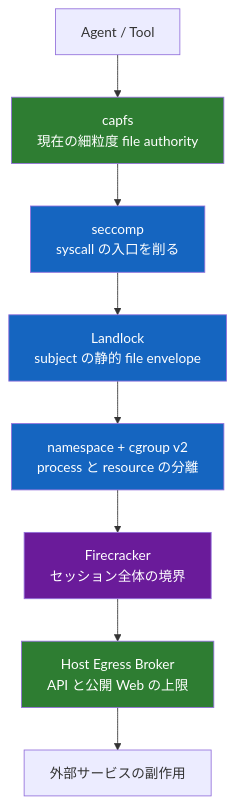
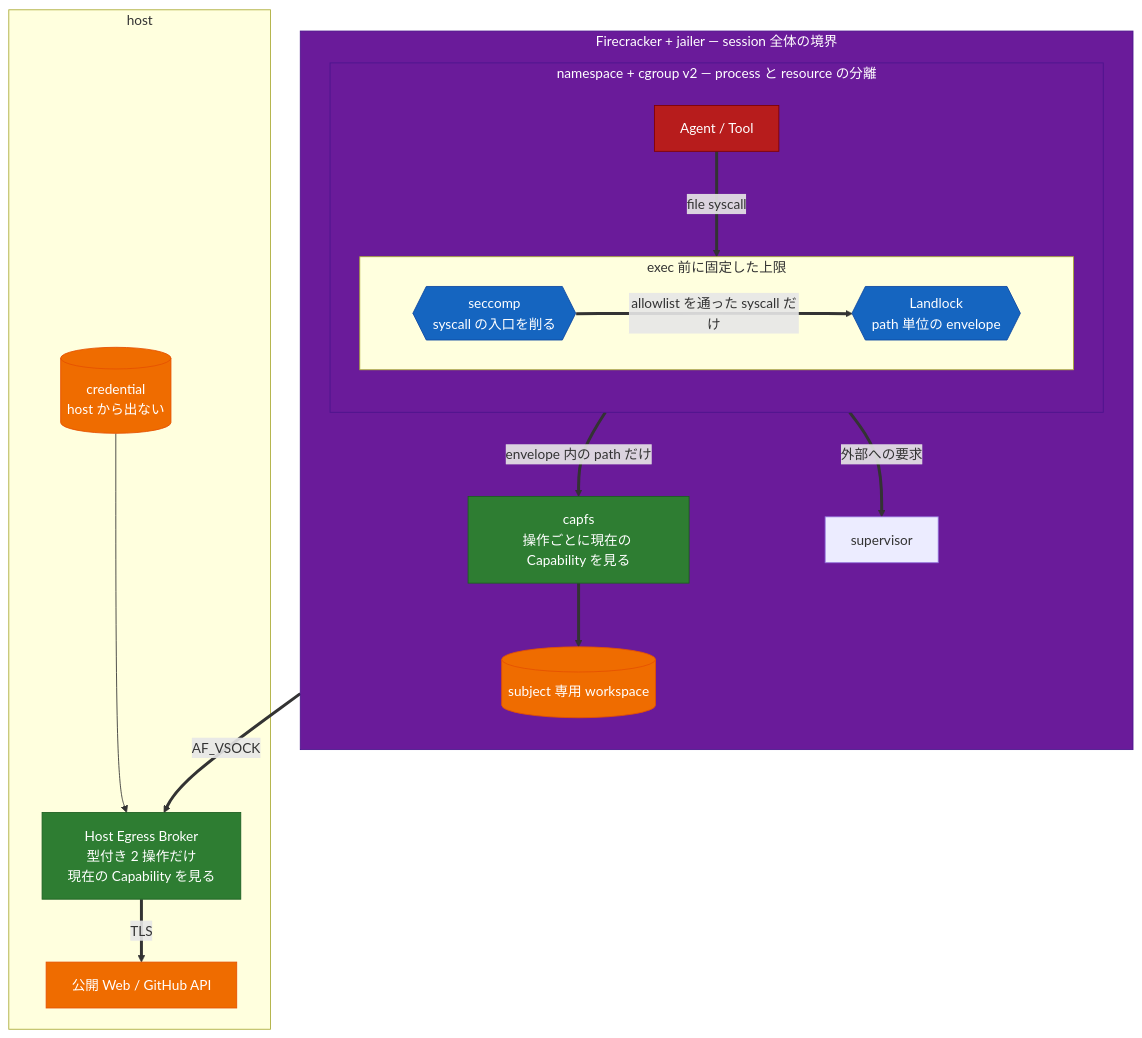
One commit to Aqua-218/SecCamp-AIAgent changed the first of 3 diagrams in docs/design/runtime-isolation.md. Above: the diagram before and after it, drawn with Mermaid. The commit also changed other lines of this file, not shown here.

Commit message:
docs(design): redraw the defence layers as containment, not a chain
The layer diagram was one straight line of eight nodes, and the order it implied
was wrong in three ways: a file syscall never reaches the Broker, seccomp filters
the call before capfs ever sees it, and the VM and the namespace are enclosing
boundaries rather than hops on a path.

Redraws them as nesting for the containment layers and edges for the decisions,
with the two things a workload can actually do on separate paths. A file syscall
is judged three times, in the order the kernel imposes — seccomp for whether the
call exists, Landlock for whether the path is reachable, capfs for whether the
current capability allows it — while an external request leaves through the
supervisor and vsock without touching any of them.

Keeps the dynamic/static colour split, which is the point of the layering: green
re-reads the current capability so a revoke lands immediately, blue is fixed
before exec and cannot widen.

````diff
--- a/docs/design/runtime-isolation.md
+++ b/docs/design/runtime-isolation.md
@@ -13,20 +15,46 @@
 ```mermaid
 flowchart TB
-    effect["外部サービスの副作用"]
-    broker["Host Egress Broker<br/>API と公開 Web の上限"]
-    vm["Firecracker<br/>セッション全体の境界"]
-    container["namespace + cgroup v2<br/>process と resource の分離"]
-    landlock["Landlock<br/>subject の静的 file envelope"]
-    seccomp["seccomp<br/>syscall の入口を削る"]
-    capfs["capfs<br/>現在の細粒度 file authority"]
-    workload["Agent / Tool"]
+    subgraph hostside["host"]
+        broker["Host Egress Broker<br/>型付き 2 操作だけ<br/>現在の Capability を見る"]
+        ext["公開 Web / GitHub API"]
+        cred[("credential<br/>host から出ない")]
+    end
 
-    workload --> capfs --> seccomp --> landlock --> container --> vm --> broker --> effect
+    subgraph vm["Firecracker + jailer — session 全体の境界"]
+        direction TB
+        sup["supervisor"]
+        capfs["capfs<br/>操作ごとに現在の Capability を見る"]
+        ws[("subject 専用 workspace")]
 
-    classDef dynamic fill:#2e7d32,color:#fff;
-    classDef static fill:#1565c0,color:#fff;
-    classDef boundary fill:#6a1b9a,color:#fff;
+        subgraph ns["namespace + cgroup v2 — process と resource の分離"]
+            direction TB
+            subgraph limits["exec 前に固定した上限"]
+                direction LR
+                sec{{"seccomp<br/>syscall の入口を削る"}}
+                ll{{"Landlock<br/>path 単位の envelope"}}
+            end
+            wl["Agent / Tool"]
+        end
+    end
+
+    wl ==>|"file syscall"| sec
+    sec ==>|"allowlist を通った syscall だけ"| ll
+    ll ==>|"envelope 内の path だけ"| capfs
+    capfs ==> ws
+
+    wl ==>|"外部への要求"| sup
+    sup ==>|"AF_VSOCK"| broker
+    cred --> broker
+    broker ==>|"TLS"| ext
+
+    classDef dynamic fill:#2e7d32,color:#fff,stroke:#1b5e20;
+    classDef static fill:#1565c0,color:#fff,stroke:#0d47a1;
+    classDef boundary fill:#6a1b9a,color:#fff,stroke:#4a148c;
+    classDef untrusted fill:#b71c1c,color:#fff,stroke:#7f0000;
+    classDef data fill:#ef6c00,color:#fff,stroke:#e65100;
     class capfs,broker dynamic;
-    class seccomp,landlock,container static;
-    class vm boundary;
+    class sec,ll static;
+    class vm,ns boundary;
+    class wl untrusted;
+    class ws,cred,ext data;
 ```
````
